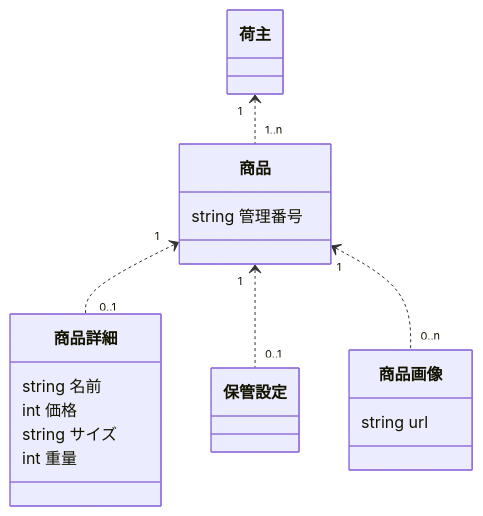
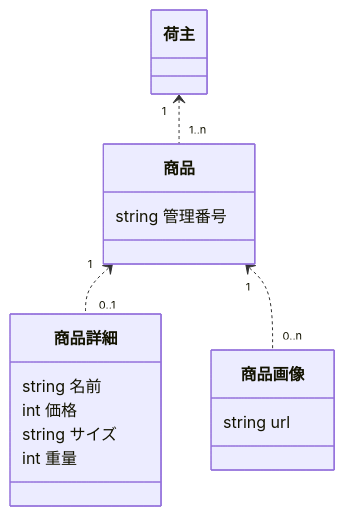
Before and after one commit to motojouya/zenn: the third of 8 diagrams in articles/write_uml_for_ddd.md, drawn with Mermaid. The commit also changed other lines of this file, not shown here.

Commit message:
write uml

````diff
--- a/articles/write_uml_for_ddd.md
+++ b/articles/write_uml_for_ddd.md
@@ -87,24 +145,20 @@
 ```mermaid
 classDiagram
   class 商品 {
     string 管理番号
   }
   荷主 "1" <.. "1..n" 商品
 
   class 商品詳細 {
     string 名前
     int 価格
     string サイズ
     int 重量
   }
   商品 "1" <.. "0..1" 商品詳細
 
-  class 保管設定 {
-  }
-  商品 "1" <.. "0..1" 保管設定
-
   class 商品画像 {
     string url
   }
   商品 "1" <.. "0..n" 商品画像
 ```
````
